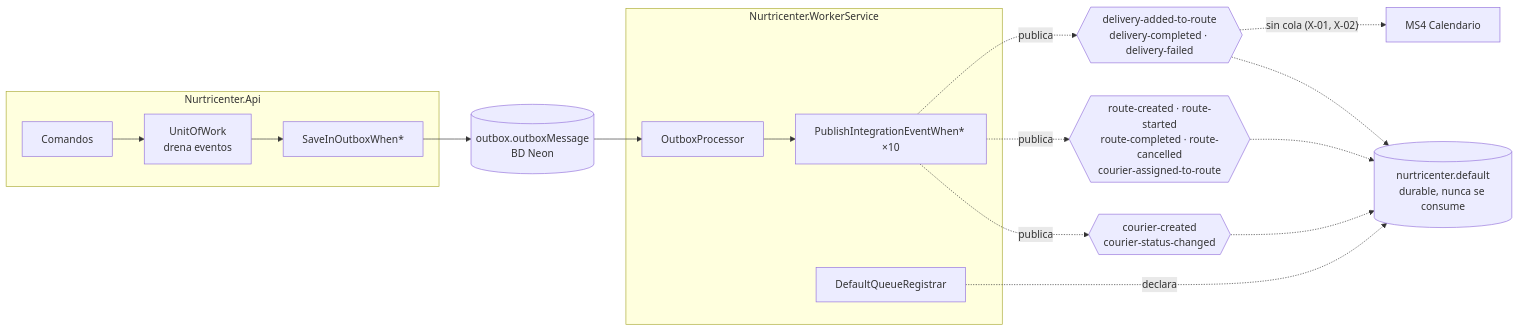
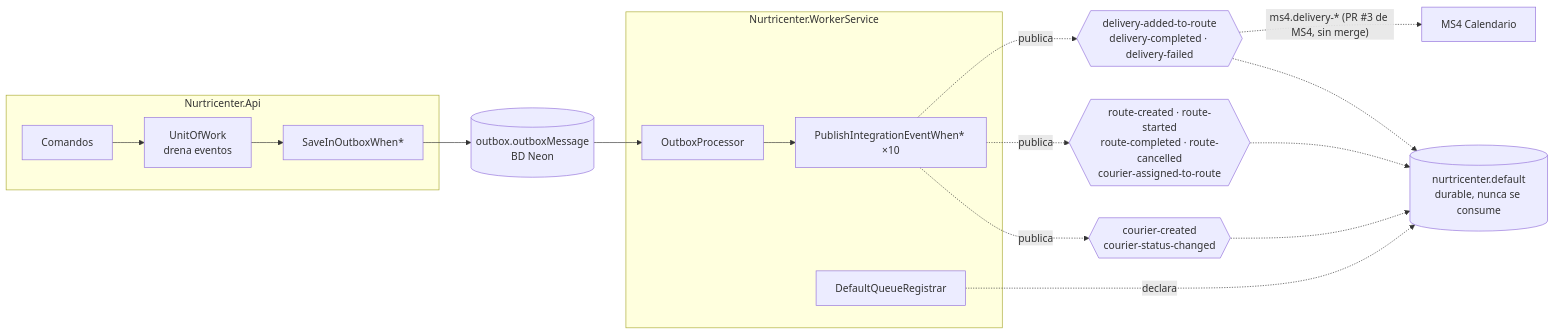
Before and after one commit to Nur-tricenter/knowledge: the diagram in services/ms5-logistics/messaging.md, drawn with Mermaid. The commit also changed other lines of this file and 7 other files, not shown here.

````diff
--- a/services/ms5-logistics/messaging.md
+++ b/services/ms5-logistics/messaging.md
@@ -88,19 +84,19 @@
 ```mermaid
 flowchart LR
   subgraph API[Nurtricenter.Api]
     C[Comandos] --> U[UnitOfWork<br/>drena eventos]
     U --> S[SaveInOutboxWhen*]
   end
   S --> OB[(outbox.outboxMessage<br/>BD Neon)]
   subgraph W[Nurtricenter.WorkerService]
     P[OutboxProcessor] --> H[PublishIntegrationEventWhen* ×10]
     R[DefaultQueueRegistrar]
   end
   OB --> P
   H -. publica .-> X1{{courier-created<br/>courier-status-changed}}
   H -. publica .-> X2{{route-created · route-started<br/>route-completed · route-cancelled<br/>courier-assigned-to-route}}
   H -. publica .-> X3{{delivery-added-to-route<br/>delivery-completed · delivery-failed}}
   X1 & X2 & X3 -.-> D[(nurtricenter.default<br/>durable, nunca se consume)]
-  X3 -. "sin cola (X-01, X-02)" .-> MS4[MS4 Calendario]
+  X3 -. "ms4.delivery-* (PR #3 de MS4, sin merge)" .-> MS4[MS4 Calendario]
   R -. declara .-> D
 ```
````
